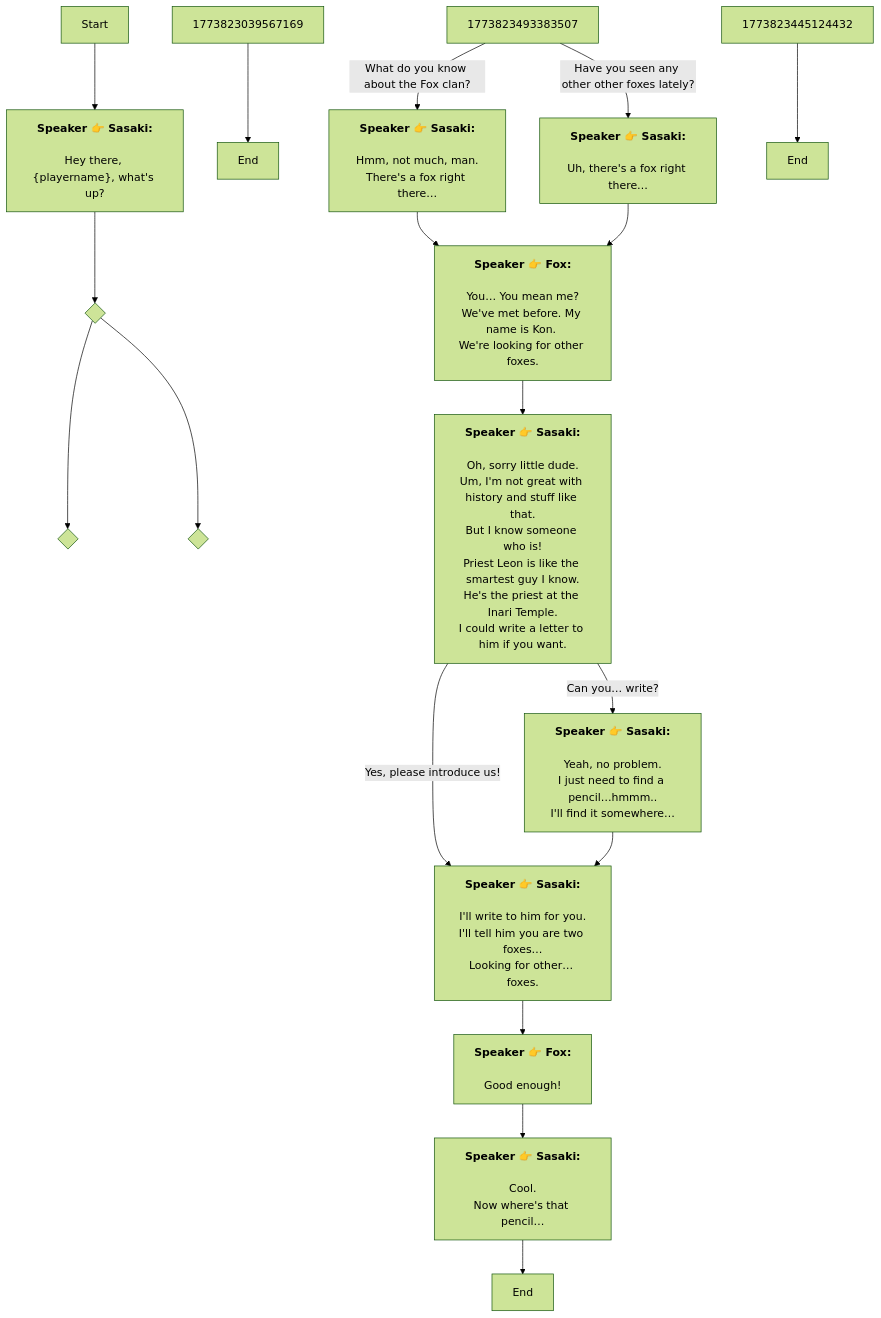
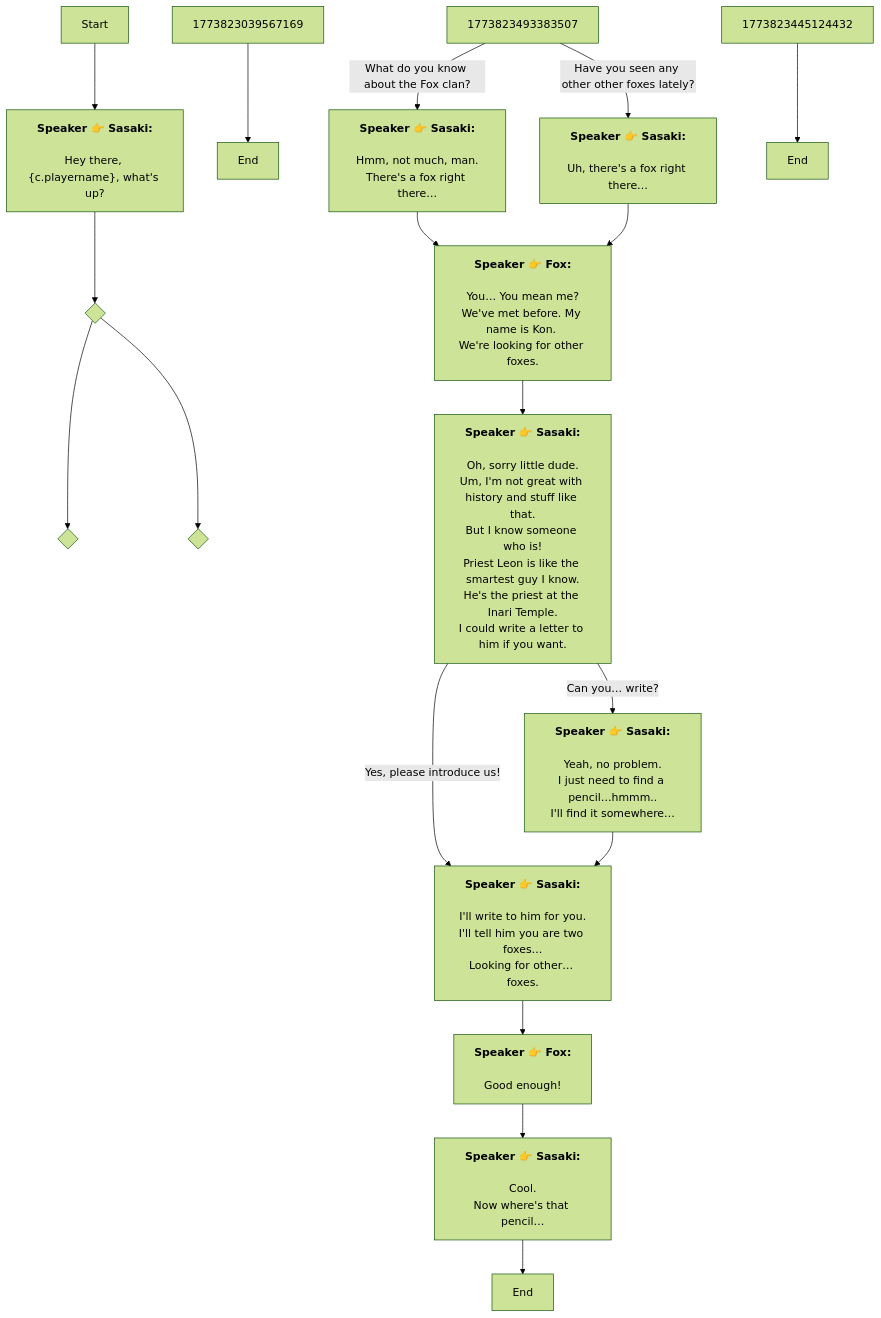
Before and after one commit to SoftHu/tos_avg: the diagram in Zh/QuestNPCDeliveryENode_1773822787295540.md, drawn with Mermaid (forest theme). The commit also changed 410 other files, not shown here.

````diff
--- a/Zh/QuestNPCDeliveryENode_1773822787295540.md
+++ b/Zh/QuestNPCDeliveryENode_1773822787295540.md
@@ -1,48 +1,48 @@
 ```mermaid
 graph
 Start -->1773823005079863[<b>Speaker 👉 Sasaki:</b>
-\nHey there, &lbrace;playername&rbrace;, what's up?]
+\nHey there, &lbrace;c.playername&rbrace;, what's up?]
 1773823005079863 -->1773823380085067{ }
 1773823380085067 -->1773823019641145{ }
 1773823380085067 -->1773823434289484{ }
 1773823039567169 -->1773823051202883[End]
 1773823493383507 -->|What do you know about the Fox clan?|1773823573003613[<b>Speaker 👉 Sasaki:</b>
 \nHmm, not much, man.
 There's a fox right there…]
 1773823493383507 -->|Have you seen any other other foxes lately?|1773823599531359[<b>Speaker 👉 Sasaki:</b>
 \nUh, there's a fox right there…]
 1773823573003613 -->1773823651469672[<b>Speaker 👉 Fox:</b>
 \nYou… You mean me?
 We've met before. My name is Kon. 
-We're looking for other foxes. ]
+We're looking for other foxes.]
 1773823651469672 -->1773823678112106[<b>Speaker 👉 Sasaki:</b>
 \nOh, sorry little dude.
 Um, I'm not great with history and stuff like that.
 But I know someone who is!\nPriest Leon is like the smartest guy I know.
 He's the priest at the Inari Temple.
-I could write a letter to him if you want. ]
+I could write a letter to him if you want.]
 1773823678112106 -->|Can you… write?|1773823751781748[<b>Speaker 👉 Sasaki:</b>
 \nYeah, no problem.
 I just need to find a pencil…hmmm..
 I'll find it somewhere…]
 1773823678112106 -->|Yes, please introduce us!|1773823779200374[<b>Speaker 👉 Sasaki:</b>
 \nI'll write to him for you.
 I'll tell him you are two foxes…
-Looking for other… foxes. ]
+Looking for other… foxes.]
 1773823751781748 -->1773823779200374[<b>Speaker 👉 Sasaki:</b>
 \nI'll write to him for you.
 I'll tell him you are two foxes…
-Looking for other… foxes. ]
+Looking for other… foxes.]
 1773823779200374 -->1773823815981432[<b>Speaker 👉 Fox:</b>
-\nGood enough! ]
+\nGood enough!]
 1773823815981432 -->1773823838190970[<b>Speaker 👉 Sasaki:</b>
 \nCool.
-Now where's that pencil… ]
+Now where's that pencil…]
 1773823838190970 -->1773823854381436[End]
 1773823599531359 -->1773823651469672[<b>Speaker 👉 Fox:</b>
 \nYou… You mean me?
 We've met before. My name is Kon. 
-We're looking for other foxes. ]
+We're looking for other foxes.]
 1773823445124432 -->1773823459869010[End]
 
 ```
````
